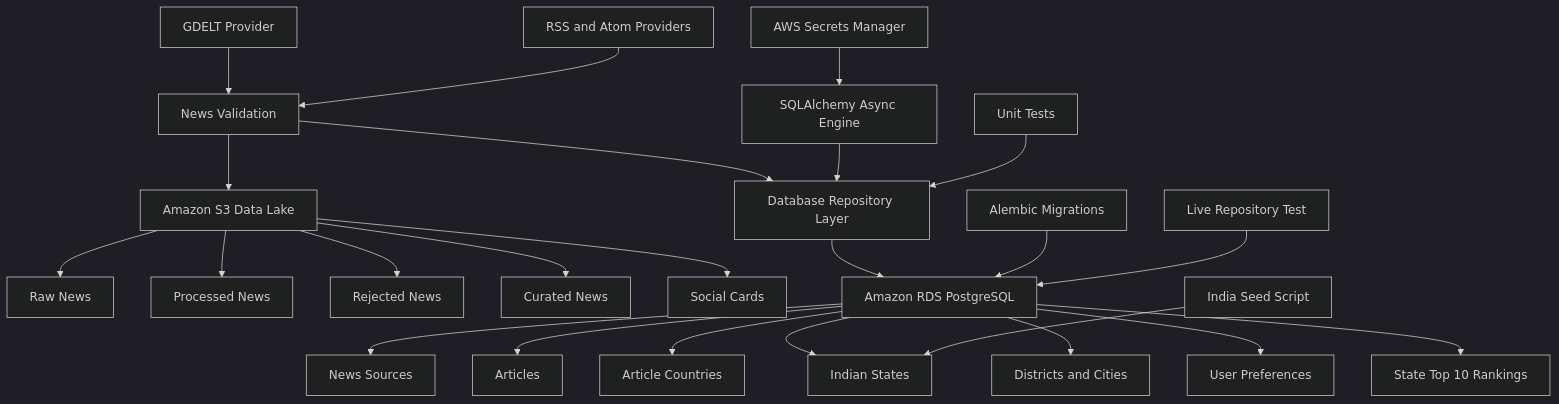
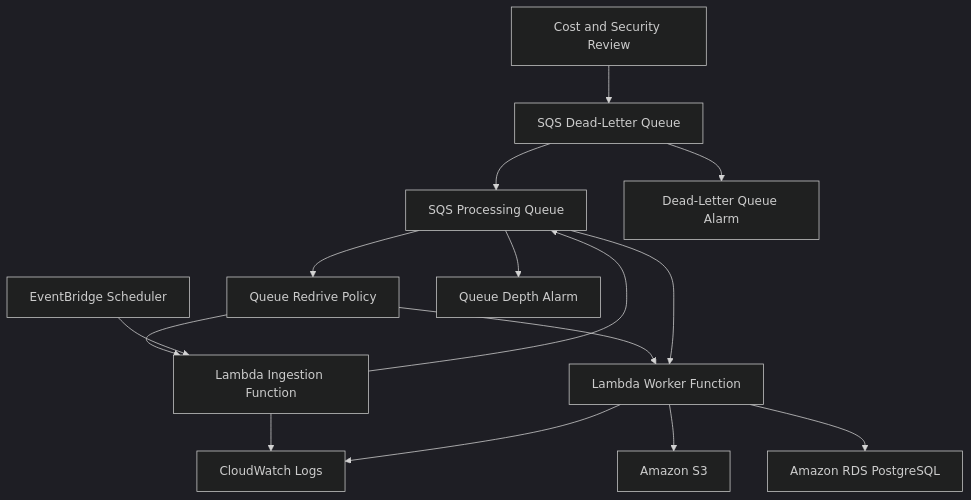
The second of 2 diagrams in docs/architecture.md (manikanta1051/world-news-ai), drawn with Mermaid (dark theme) before and after one commit. The commit also changed other lines of this file and 16 other files, not shown here.

````diff
--- a/docs/architecture.md
+++ b/docs/architecture.md
@@ -530,33 +1584,23 @@
 ```mermaid
 flowchart TD
-    A[GDELT Provider] --> C[News Validation]
-    B[RSS and Atom Providers] --> C
+    A[Cost and Security Review] --> B[SQS Dead-Letter Queue]
+    B --> C[SQS Processing Queue]
+    C --> D[Queue Redrive Policy]
 
-    C --> D[Amazon S3 Data Lake]
-    C --> E[Database Repository Layer]
+    D --> E[Lambda Ingestion Function]
+    D --> F[Lambda Worker Function]
 
-    D --> D1[Raw News]
-    D --> D2[Processed News]
-    D --> D3[Rejected News]
-    D --> D4[Curated News]
-    D --> D5[Social Cards]
+    G[EventBridge Scheduler] --> E
 
-    F[AWS Secrets Manager] --> G[SQLAlchemy Async Engine]
-    G --> E
+    E --> C
+    C --> F
 
-    E --> H[Amazon RDS PostgreSQL]
+    F --> H[Amazon S3]
+    F --> I[Amazon RDS PostgreSQL]
 
-    H --> H1[News Sources]
-    H --> H2[Articles]
-    H --> H3[Article Countries]
-    H --> H4[Indian States]
-    H --> H5[Districts and Cities]
-    H --> H6[User Preferences]
-    H --> H7[State Top 10 Rankings]
+    E --> J[CloudWatch Logs]
+    F --> J
 
-    I[Alembic Migrations] --> H
-    J[India Seed Script] --> H4
-
-    K[Unit Tests] --> E
-    L[Live Repository Test] --> H
+    C --> K[Queue Depth Alarm]
+    B --> L[Dead-Letter Queue Alarm]
 ```
````
